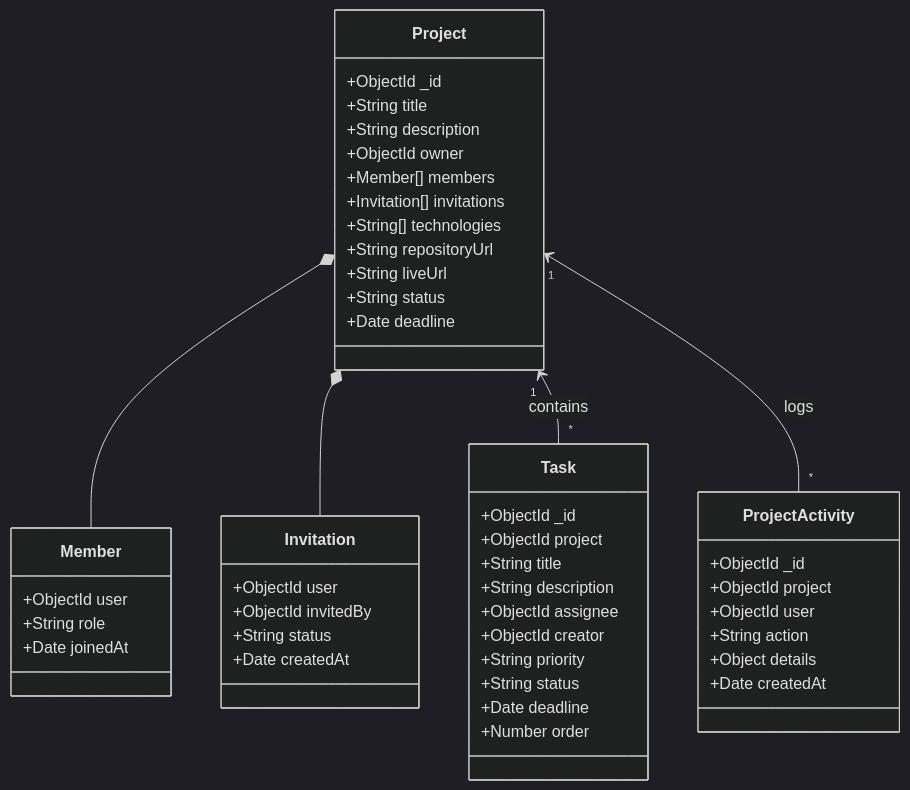
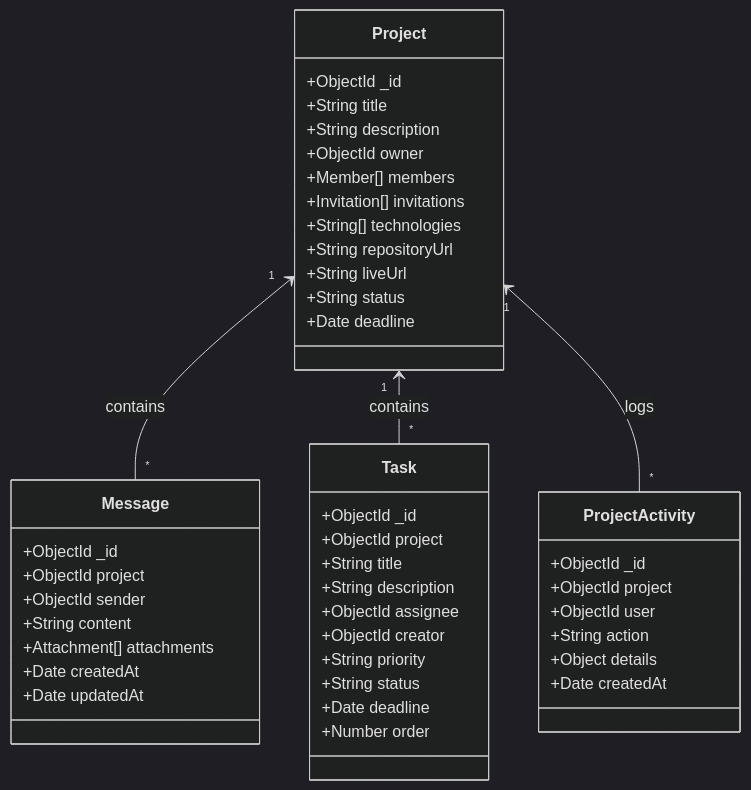
Before and after one commit to kubervaidya24-max/CAMPUSFLOW: the third of 3 diagrams in docs/architecture.md, drawn with Mermaid (dark theme). The commit also changed other lines of this file and 18 other files, not shown here.

````diff
--- a/docs/architecture.md
+++ b/docs/architecture.md
@@ -137,56 +82,52 @@
 ```mermaid
 classDiagram
     class Project {
         +ObjectId _id
         +String title
         +String description
         +ObjectId owner
         +Member[] members
         +Invitation[] invitations
         +String[] technologies
         +String repositoryUrl
         +String liveUrl
         +String status
         +Date deadline
     }
 
-    class Member {
-        +ObjectId user
-        +String role
-        +Date joinedAt
-    }
-
-    class Invitation {
-        +ObjectId user
-        +ObjectId invitedBy
-        +String status
+    class Message {
+        +ObjectId _id
+        +ObjectId project
+        +ObjectId sender
+        +String content
+        +Attachment[] attachments
         +Date createdAt
+        +Date updatedAt
     }
 
     class Task {
         +ObjectId _id
         +ObjectId project
         +String title
         +String description
         +ObjectId assignee
         +ObjectId creator
         +String priority
         +String status
         +Date deadline
         +Number order
     }
 
     class ProjectActivity {
         +ObjectId _id
         +ObjectId project
         +ObjectId user
         +String action
         +Object details
         +Date createdAt
     }
 
-    Project *-- Member
-    Project *-- Invitation
+    Project "1" <-- "*" Message : contains
     Project "1" <-- "*" Task : contains
     Project "1" <-- "*" ProjectActivity : logs
 ```
````
